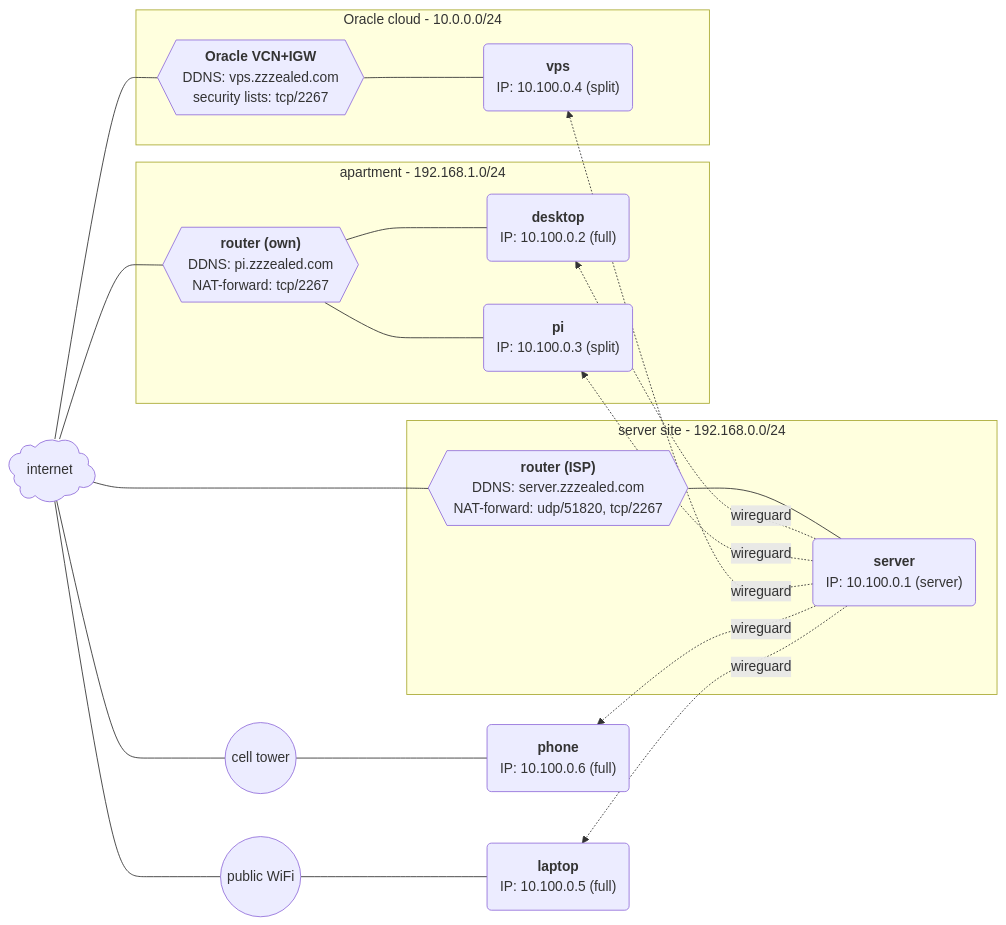
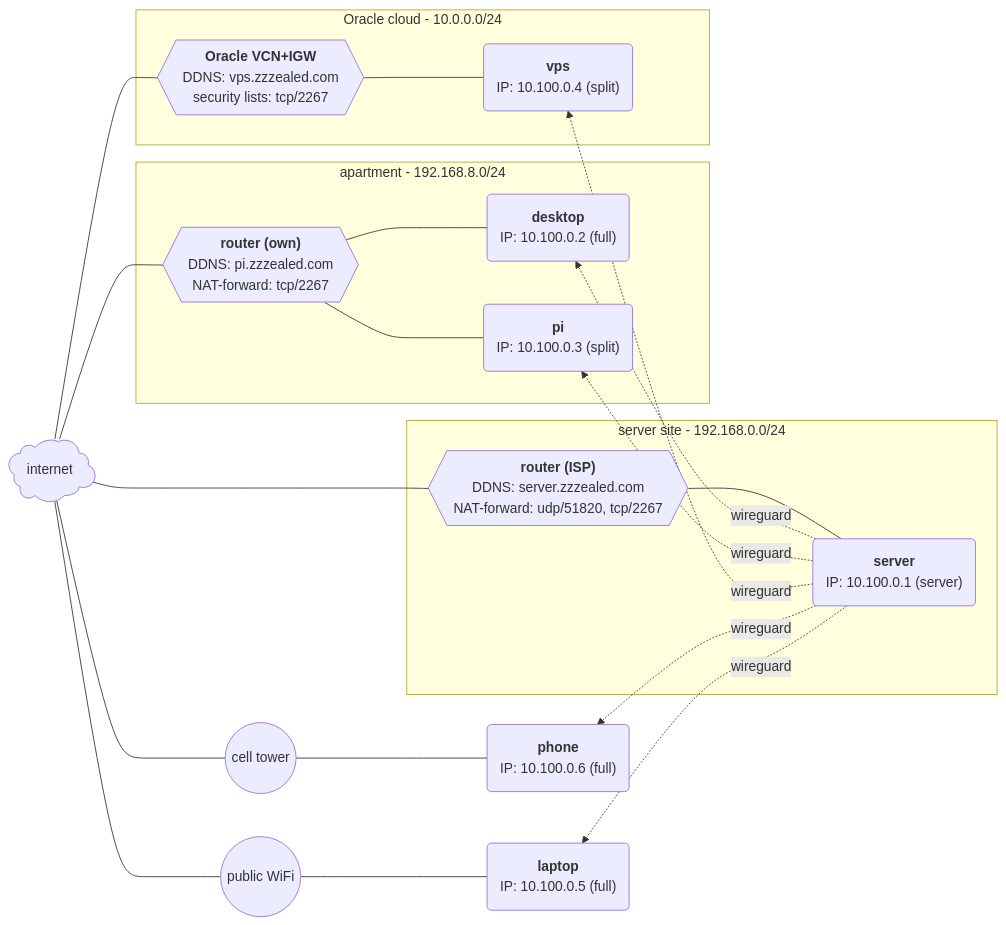
The diagram in modules/wireguard/README.md (zzzealed/nix-config), drawn with Mermaid before and after one commit.

Commit message:
update apartment subnet

````diff
--- a/modules/wireguard/README.md
+++ b/modules/wireguard/README.md
@@ -17,47 +17,47 @@
 ```mermaid
 %%{init: {"flowchart": {"wrappingWidth": 300}}}%%
 flowchart RL
     internet@{ shape: cloud, label: "internet" }
 
     subgraph server_site["server site - 192.168.0.0/24"]
         server("<b>server</b><br/>IP: 10.100.0.1 (server)")
         isp_router{{"<b>router (ISP)</b><br/>DDNS: server.zzzealed.com<br/>NAT-forward: udp/51820, tcp/2267"}}
     end
 
-    subgraph apartment["apartment - 192.168.1.0/24"]
+    subgraph apartment["apartment - 192.168.8.0/24"]
         desktop("<b>desktop</b><br/>IP: 10.100.0.2 (full)")
         pi("<b>pi</b><br/>IP: 10.100.0.3 (split)")
         own_router{{"<b>router (own)</b><br/>DDNS: pi.zzzealed.com<br/>NAT-forward: tcp/2267"}}
     end
 
     subgraph cloud["Oracle cloud - 10.0.0.0/24"]
         vps("<b>vps</b><br/>IP: 10.100.0.4 (split)")
         vcn{{"<b>Oracle VCN+IGW</b><br/>DDNS: vps.zzzealed.com<br/>security lists: tcp/2267"}}
     end
 
     phone("<b>phone</b><br/>IP: 10.100.0.6 (full)")
     laptop("<b>laptop</b><br/>IP: 10.100.0.5 (full)")
     cell(("cell tower"))
     wifi(("public WiFi"))
 
     server --- isp_router
     isp_router --- internet
 
     desktop --- own_router
     pi --- own_router
     own_router --- internet
 
     vps --- vcn
     vcn --- internet
 
     phone --- cell
     cell --- internet
     laptop --- wifi
     wifi --- internet
 
     server -. "wireguard" .-> desktop
     server -. "wireguard" .-> pi
     server -. "wireguard" .-> vps
     server -. "wireguard" .-> phone
     server -. "wireguard" .-> laptop  
 ```
````
